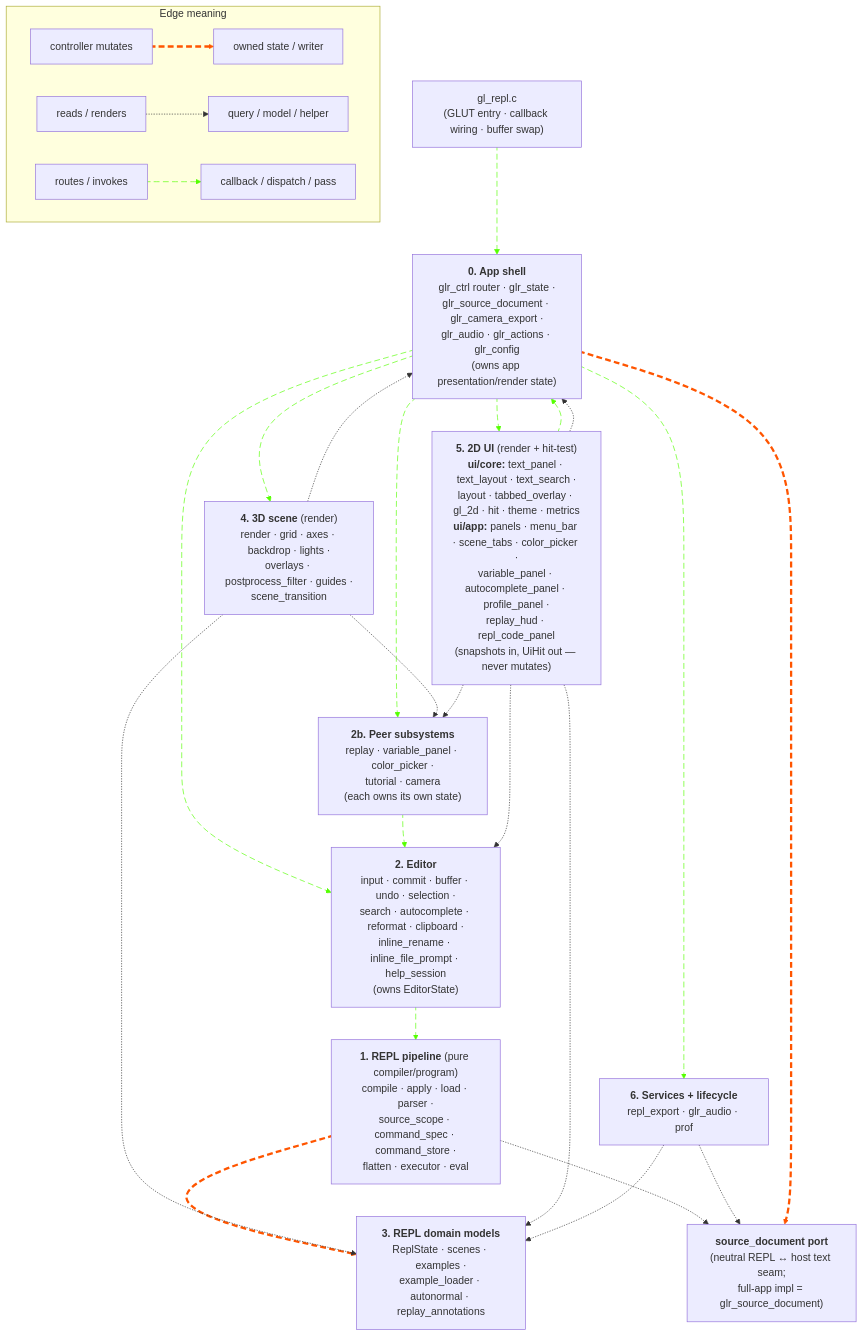
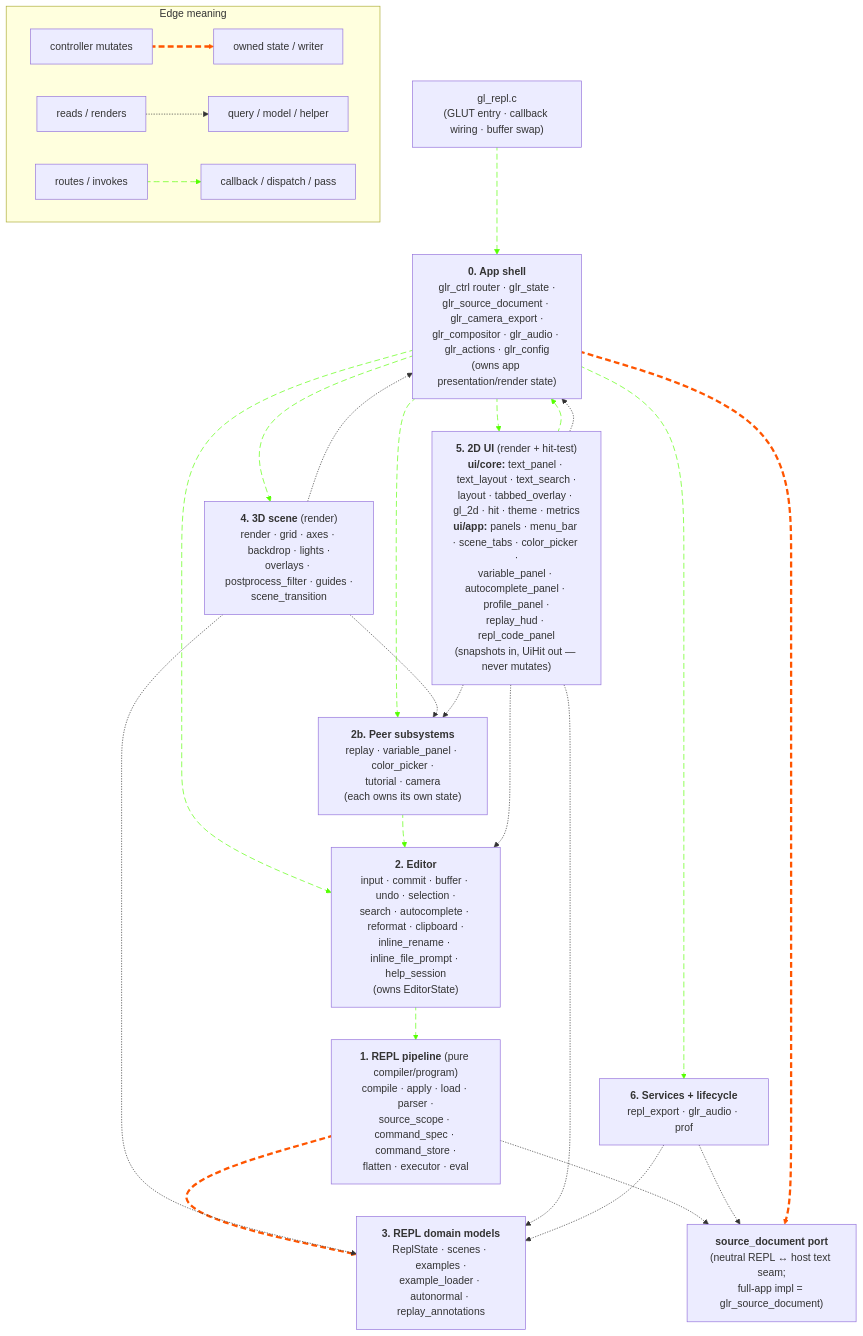
The first of 2 diagrams in MODULES.md (drewwoods/gl-repl), drawn with Mermaid before and after one commit. The commit also changed other lines of this file, not shown here.

First line of the commit message:
docs(modules): document the compositor post-process stage

````diff
--- a/MODULES.md
+++ b/MODULES.md
@@ -577,79 +578,79 @@
 ```mermaid
 flowchart TB
     subgraph legend["Edge meaning"]
         lmut_a["controller mutates"] e1@==> lmut_b["owned state / writer"]
         lread_a["reads / renders"] -.-> lread_b["query / model / helper"]
         lflow_a["routes / invokes"] i1@--> lflow_b["callback / dispatch / pass"]
     end
 
     gl_repl["gl_repl.c<br/>(GLUT entry · callback wiring · buffer swap)"]
 
-    app["<b>0. App shell</b><br/>glr_ctrl router · glr_state ·<br/>glr_source_document · glr_camera_export ·<br/>glr_audio · glr_actions · glr_config<br/>(owns app presentation/render state)"]
+    app["<b>0. App shell</b><br/>glr_ctrl router · glr_state ·<br/>glr_source_document · glr_camera_export ·<br/>glr_compositor · glr_audio · glr_actions · glr_config<br/>(owns app presentation/render state)"]
 
     editor["<b>2. Editor</b><br/>input · commit · buffer · undo · selection ·<br/>search · autocomplete · reformat · clipboard ·<br/>inline_rename · inline_file_prompt · help_session<br/>(owns EditorState)"]
 
     peers["<b>2b. Peer subsystems</b><br/>replay · variable_panel · color_picker ·<br/>tutorial · camera<br/>(each owns its own state)"]
 
     repl["<b>1. REPL pipeline</b> (pure compiler/program)<br/>compile · apply · load · parser ·<br/>source_scope · command_spec · command_store ·<br/>flatten · executor · eval"]
 
     models["<b>3. REPL domain models</b><br/>ReplState · scenes · examples ·<br/>example_loader · autonormal · replay_annotations"]
 
     srcdoc["<b>source_document port</b><br/>(neutral REPL ↔ host text seam;<br/>full-app impl = glr_source_document)"]
 
     ui["<b>5. 2D UI</b> (render + hit-test)<br/><b>ui/core:</b> text_panel · text_layout · text_search ·<br/>layout · tabbed_overlay · gl_2d · hit · theme · metrics<br/><b>ui/app:</b> panels · menu_bar · scene_tabs · color_picker ·<br/>variable_panel · autocomplete_panel · profile_panel ·<br/>replay_hud · repl_code_panel<br/>(snapshots in, UiHit out — never mutates)"]
 
     scene["<b>4. 3D scene</b> (render)<br/>render · grid · axes · backdrop · lights ·<br/>overlays · postprocess_filter · guides ·<br/>scene_transition"]
 
     services["<b>6. Services + lifecycle</b><br/>repl_export · glr_audio · prof"]
 
     %% Raw input flow: gl_repl.c hands GLUT events to the app shell. UI
     %% hit-tests are passive — they compute a UiHit and hand it back to
     %% the controller for dispatch.
     gl_repl i2@--> app
     ui i3@--> app
 
     %% App shell routes raw input to the owning subsystem, drives the
     %% frame, and calls UI/scene/services.
     app i4@--> editor
     app i5@--> peers
     app i6@--> scene
     app i7@--> ui
     app i8@--> services
 
     %% Editor commit is the only path crossing INTO the REPL pipeline.
     %% REPL apply / command_store mutates the program model.
     editor i9@--> repl
     repl e2@==> models
 
     %% Peers write back through the editor (color_picker rewrites a
     %% source line via editor_commit_apply_external_change; the
     %% variable_panel drag rewrites a numeric token the same way).
     peers i10@--> editor
 
     %% Source-document port: REPL pipeline reads/writes source text
     %% through the neutral port, and services read source through it
     %% too. The full-app adapter (app layer) delegates writes to the
     %% editor buffer — editor stays the single underlying writer.
     repl -.-> srcdoc
     services -.-> srcdoc
     app e3@==> srcdoc
 
     %% Render is read-only: scene and UI consume snapshots of program /
     %% editor / peer / app state. They never mutate.
     scene -.-> models
     scene -.-> peers
     scene -.-> app
     ui -.-> editor
     ui -.-> models
     ui -.-> peers
     ui -.-> app
 
     %% Services read program and editor state to persist/replay.
     services -.-> models
 
     classDef animateE stroke:#f50,stroke-dasharray: 9\,5,stroke-dashoffset: 900,animation: dash 90s linear infinite;
     classDef animateF stroke:#5f0,stroke-dasharray: 9\,5,stroke-dashoffset: 900,animation: dash 90s linear infinite;
 
     class e1,e2,e3 animateE
     class i1,i2,i3,i4,i5,i6,i7,i8,i9,i10 animateF
 ```
````
